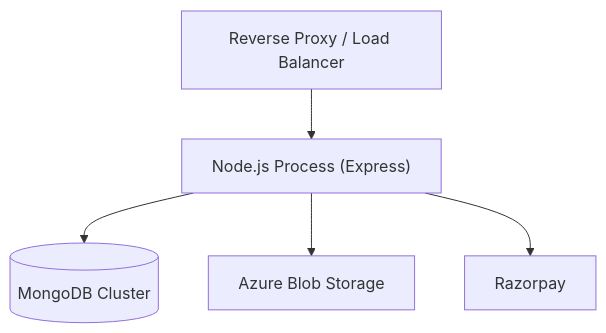
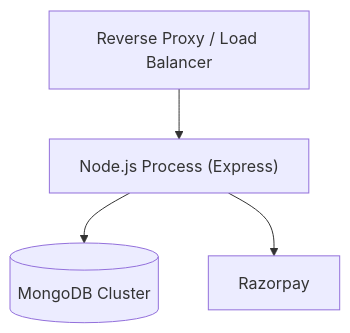
Before and after one commit to thisisdkyadav/hostel-management-system-backend: the second of 21 diagrams in srs.md, drawn with Mermaid. The commit also changed other lines of this file, not shown here.

First line of the commit message:
refactor: Revise Software Requirements Specification (SRS) to remove Azure Blob Storage and SSO references

````diff
--- a/srs.md
+++ b/srs.md
@@ -140,13 +133,11 @@
 ```mermaid
 graph TD
   LB["Reverse Proxy / Load Balancer"]
   APP["Node.js Process (Express)"]
   DB[("MongoDB Cluster")]
-  STG["Azure Blob Storage"]
   RZP[Razorpay]
 
   LB --> APP
   APP --> DB
-  APP --> STG
   APP --> RZP
 ```
````
